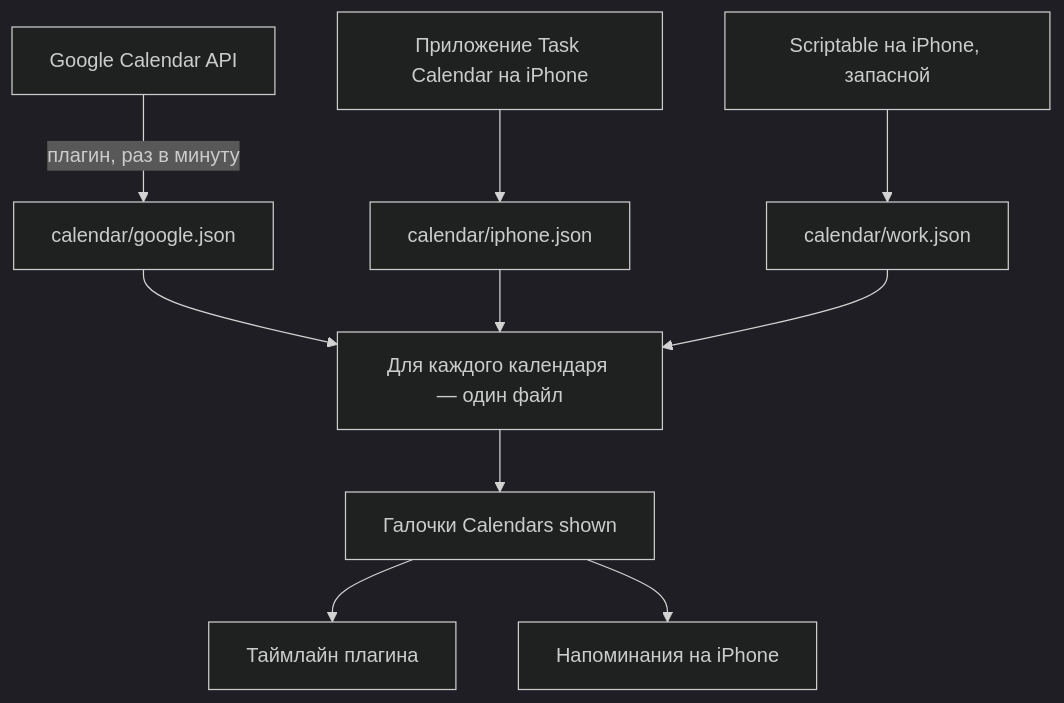
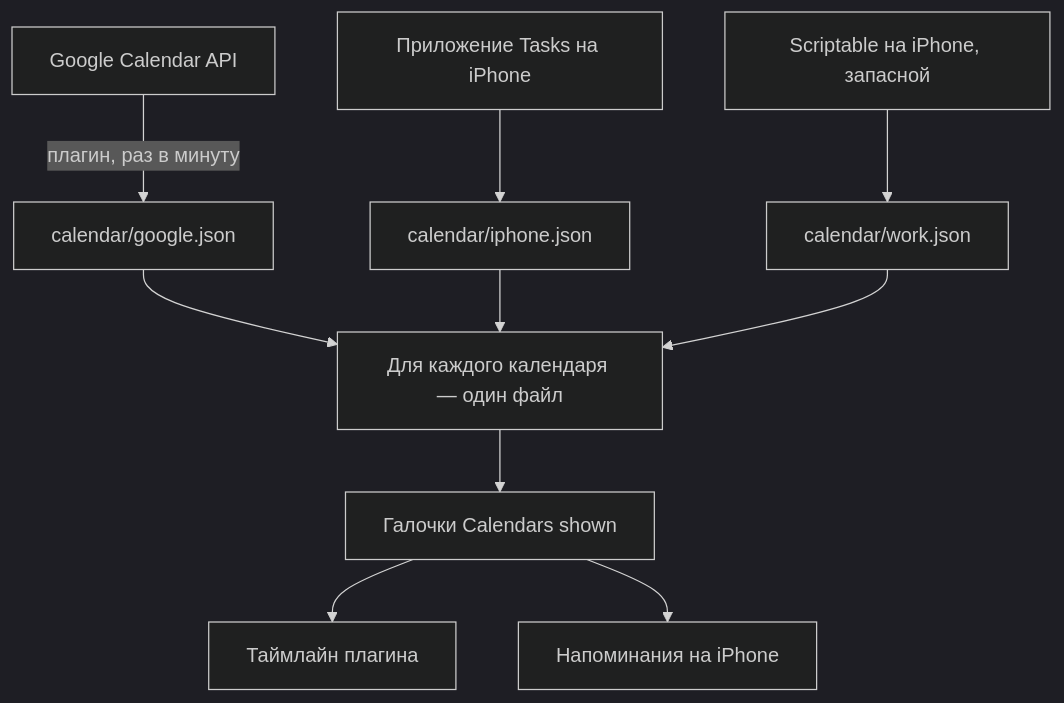
Before and after one commit to kudrmax/obsidian-task-tracker: the diagram in docs/plugin/calendars.md, drawn with Mermaid (dark theme). The commit also changed other lines of this file and 5 other files, not shown here.

Commit message:
Docs: the iPhone app is called Tasks; Siri's phrases; the «Add a task» shortcut, step by step

````diff
--- a/docs/plugin/calendars.md
+++ b/docs/plugin/calendars.md
@@ -9,12 +9,12 @@
 ```mermaid
 flowchart TB
   google[Google Calendar API] -->|плагин, раз в минуту| gfile[calendar/google.json]
-  app[Приложение Task Calendar на iPhone] --> ifile[calendar/iphone.json]
+  app[Приложение Tasks на iPhone] --> ifile[calendar/iphone.json]
   scriptable[Scriptable на iPhone, запасной] --> wfile[calendar/work.json]
   gfile --> choice[Для каждого календаря — один файл]
   ifile --> choice
   wfile --> choice
   choice --> shown[Галочки Calendars shown]
   shown --> timeline[Таймлайн плагина]
   shown --> reminders[Напоминания на iPhone]
 ```
````
